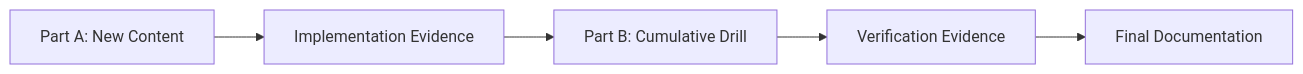
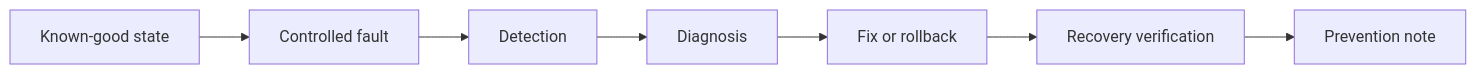
The diagram in docs/lab-output-template.md (NikeMot/Azure-WindowsLabs), drawn with Mermaid before and after one commit. The commit also changed other lines of this file, not shown here.

````diff
--- a/docs/lab-output-template.md
+++ b/docs/lab-output-template.md
@@ -276,7 +329,9 @@
 ```mermaid
 flowchart LR
-    A[Part A: New Content] --> B[Implementation Evidence]
-    B --> C[Part B: Cumulative Drill]
-    C --> D[Verification Evidence]
-    D --> E[Final Documentation]
+    A[Known-good state] --> B[Controlled fault]
+    B --> C[Detection]
+    C --> D[Diagnosis]
+    D --> E[Fix or rollback]
+    E --> F[Recovery verification]
+    F --> G[Prevention note]
 ```
````
